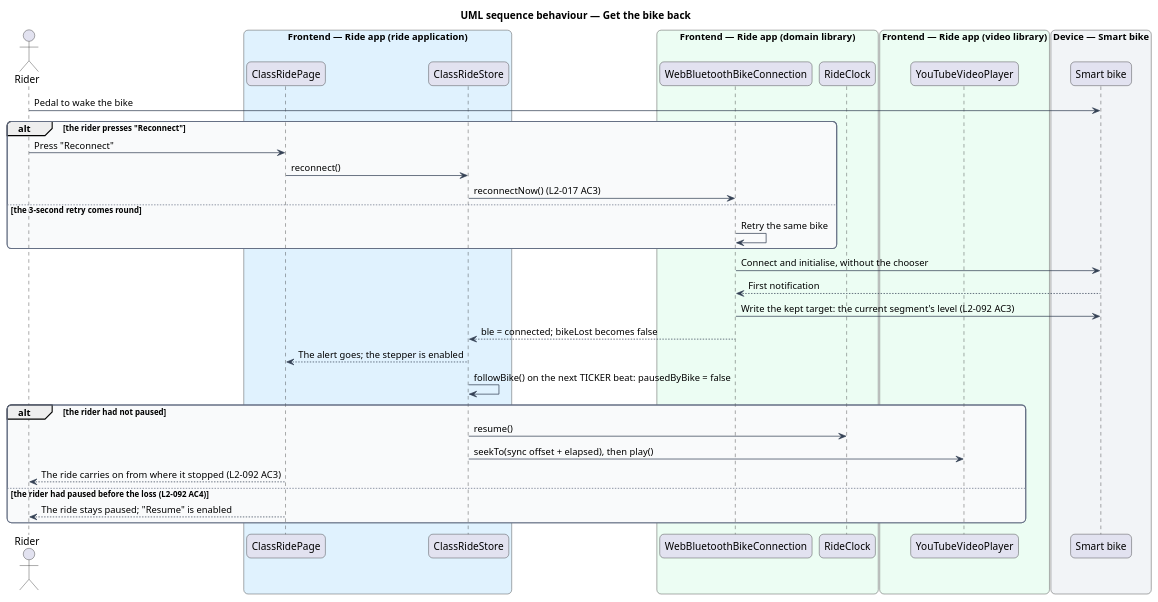
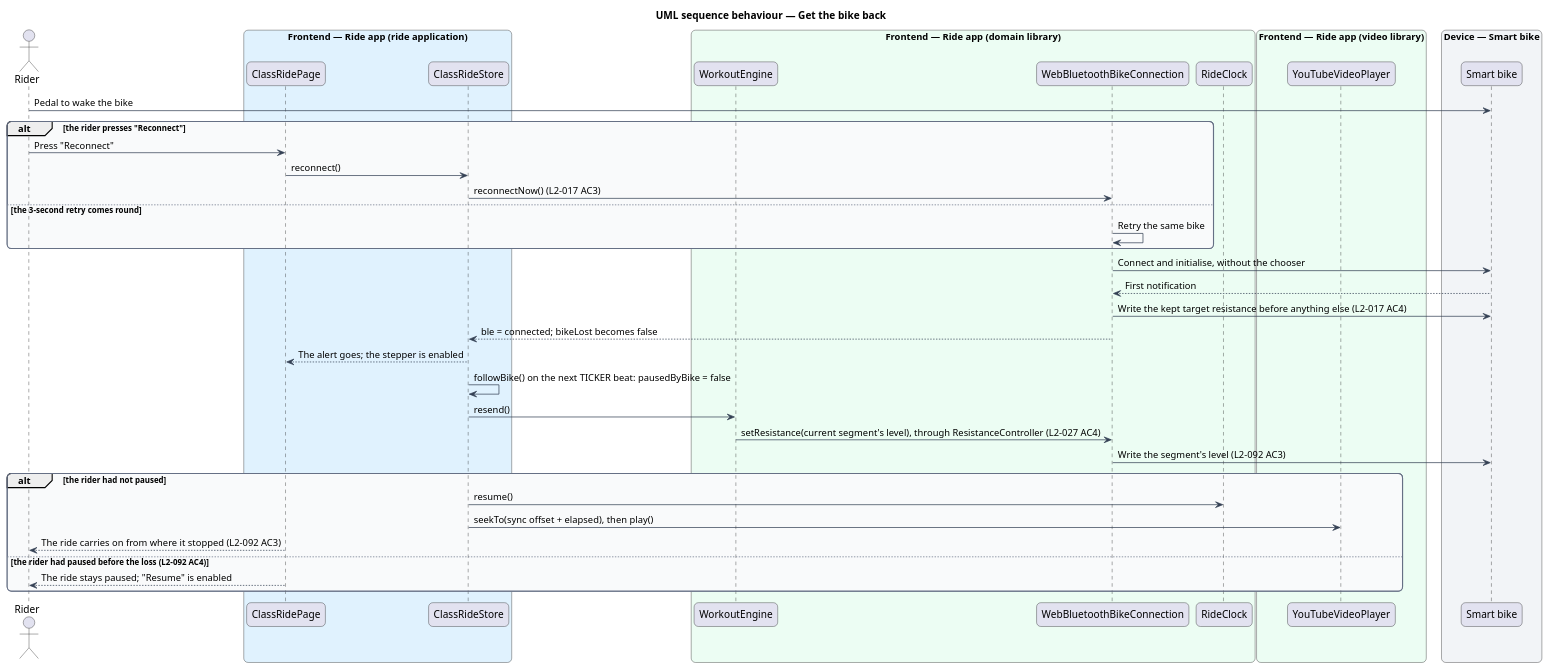
One commit to QuinntyneBrown/ride-one changed the diagram in docs/detailed-designs/class-ride/wait-for-a-lost-bike/diagrams/sequence-get-the-bike-back.puml. Above: the diagram before and after it, drawn with PlantUML. The commit also changed 106 other files, not shown here.

First line of the commit message:
Reconcile shared names and flows across the Telo Ride 1 designs

```diff
--- a/docs/detailed-designs/class-ride/wait-for-a-lost-bike/diagrams/sequence-get-the-bike-back.puml
+++ b/docs/detailed-designs/class-ride/wait-for-a-lost-bike/diagrams/sequence-get-the-bike-back.puml
@@ -1,53 +1,57 @@
 @startuml
 title UML sequence behaviour — Get the bike back
 skinparam backgroundColor #FFFFFF
 skinparam shadowing false
 skinparam roundcorner 12
 skinparam defaultFontName Arial
 skinparam ArrowColor #344054
 skinparam rectangle {
   BorderColor #344054
   FontColor #101828
 }
 skinparam package {
   BorderColor #667085
   FontColor #101828
   BackgroundColor #F9FAFB
 }
 actor "Rider" as rider
 box "Frontend — Ride app (ride application)" #E0F2FE
   participant "ClassRidePage" as page
   participant "ClassRideStore" as store
 end box
 box "Frontend — Ride app (domain library)" #ECFDF3
+  participant "WorkoutEngine" as engine
   participant "WebBluetoothBikeConnection" as conn
   participant "RideClock" as clock
 end box
 box "Frontend — Ride app (video library)" #ECFDF3
   participant "YouTubeVideoPlayer" as player
 end box
 box "Device — Smart bike" #F2F4F7
   participant "Smart bike" as bike
 end box
 rider -> bike : Pedal to wake the bike
 alt the rider presses "Reconnect"
   rider -> page : Press "Reconnect"
   page -> store : reconnect()
   store -> conn : reconnectNow() (L2-017 AC3)
 else the 3-second retry comes round
   conn -> conn : Retry the same bike
 end
 conn -> bike : Connect and initialise, without the chooser
 bike --> conn : First notification
-conn -> bike : Write the kept target: the current segment's level (L2-092 AC3)
+conn -> bike : Write the kept target resistance before anything else (L2-017 AC4)
 conn --> store : ble = connected; bikeLost becomes false
 store --> page : The alert goes; the stepper is enabled
 store -> store : followBike() on the next TICKER beat: pausedByBike = false
+store -> engine : resend()
+engine -> conn : setResistance(current segment's level), through ResistanceController (L2-027 AC4)
+conn -> bike : Write the segment's level (L2-092 AC3)
 alt the rider had not paused
   store -> clock : resume()
   store -> player : seekTo(sync offset + elapsed), then play()
   page --> rider : The ride carries on from where it stopped (L2-092 AC3)
 else the rider had paused before the loss (L2-092 AC4)
   page --> rider : The ride stays paused; "Resume" is enabled
 end
 @enduml
```
